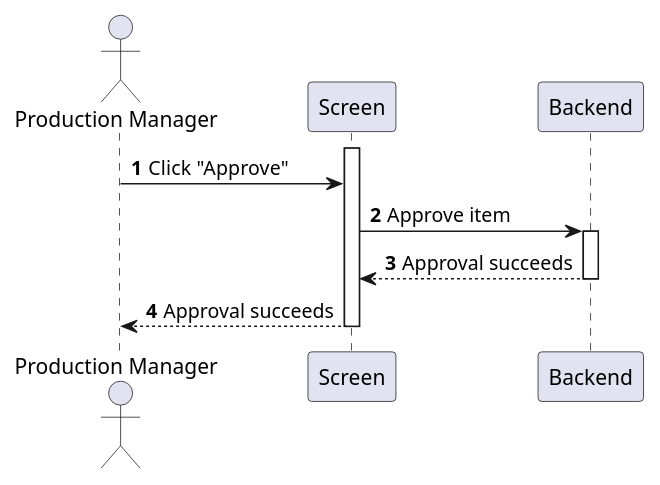
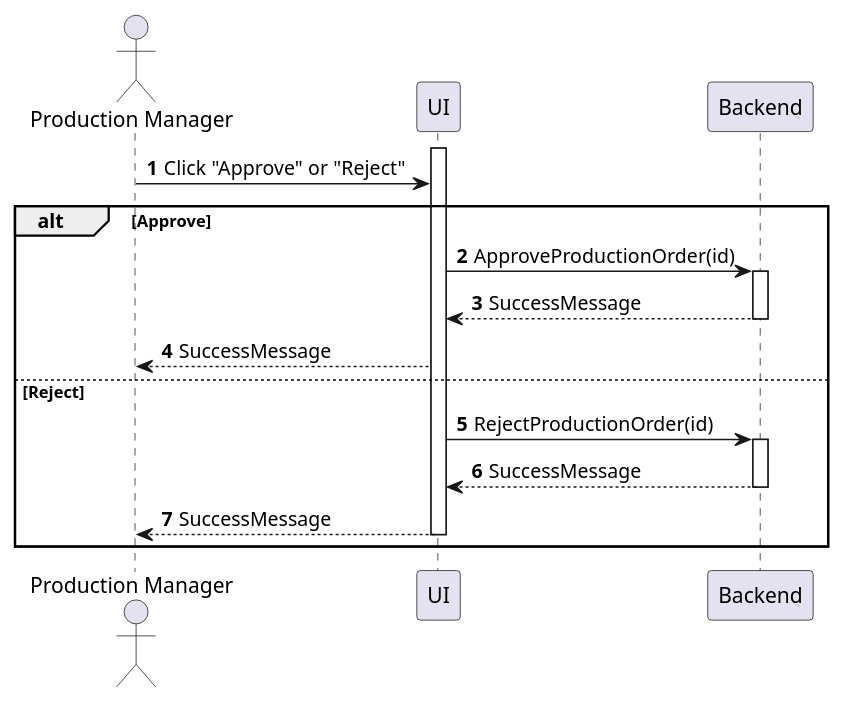
The diagram in sequences/production-order-approve.plantuml (phihungha/scmss-reqs), drawn with PlantUML before and after one commit. The commit also changed 9 other files, not shown here.

Commit message:
Add production sequences

```diff
--- a/sequences/production-order-approve.plantuml
+++ b/sequences/production-order-approve.plantuml
@@ -1,15 +1,24 @@
 @startuml production-order-approve
 autonumber
 
 actor "Production Manager" as a
-participant Screen as f
+participant UI as f
 participant Backend as b
 
 activate f
-a -> f : Click "Approve"
-f -> b : Approve item
-activate b
-return Approval succeeds
-f --> a : Approval succeeds
-deactivate f
+a -> f : Click "Approve" or "Reject"
+
+alt Approve
+    f -> b : ApproveProductionOrder(id)
+    activate b
+    b --> f : SuccessMessage
+    deactivate b
+    f --> a : SuccessMessage
+else Reject
+    f -> b : RejectProductionOrder(id)
+    activate b
+    return SuccessMessage
+    f --> a : SuccessMessage
+    deactivate f
+end
 @enduml
```
